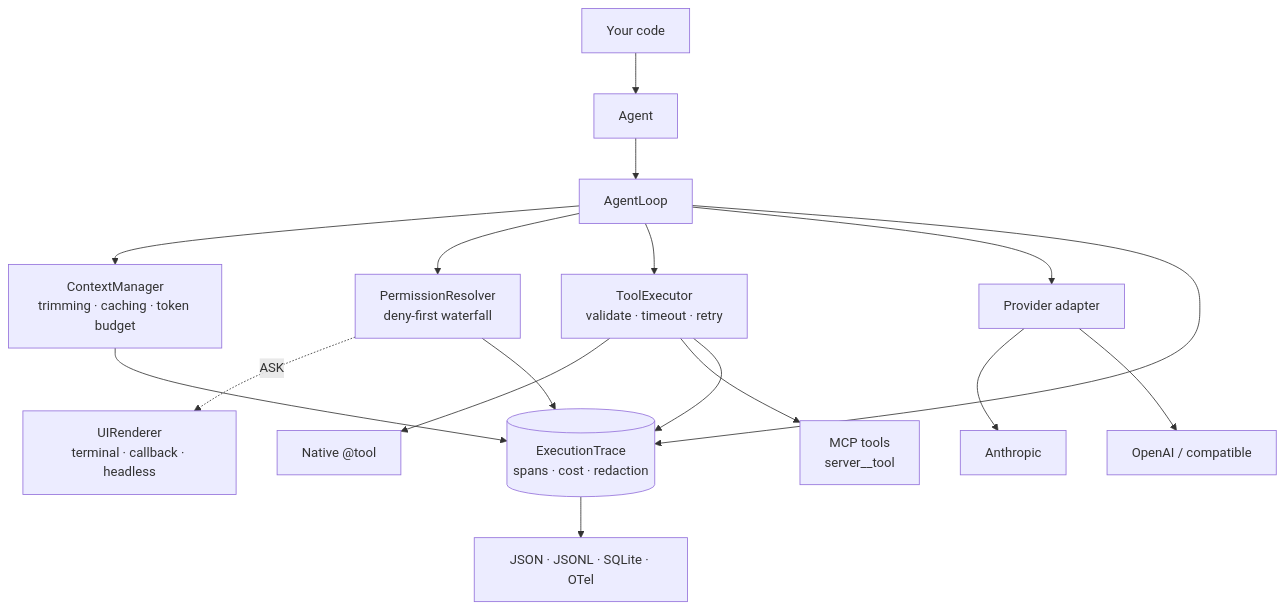
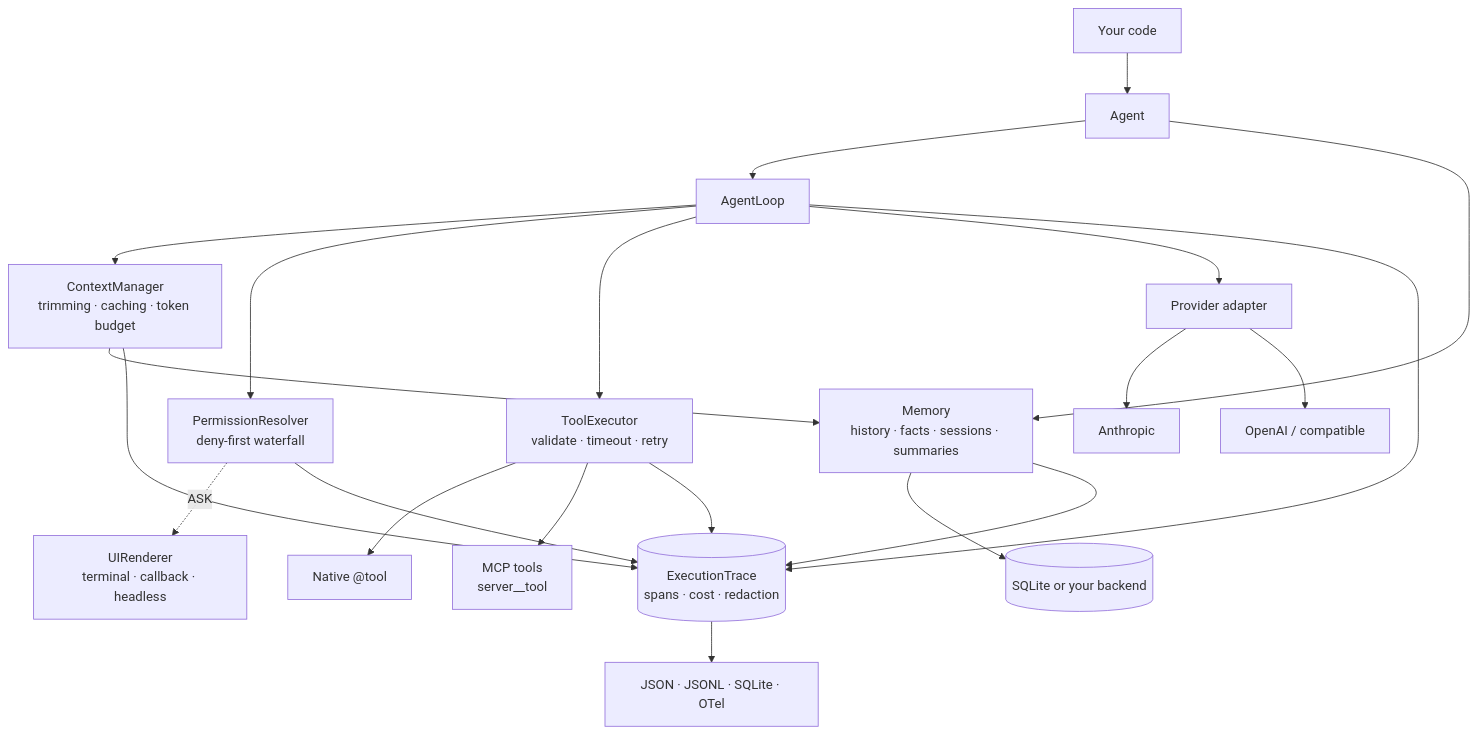
Before and after one commit to OzgurrOzcan/Agent-Framework: the diagram in README.md, drawn with Mermaid. The commit also changed other lines of this file, not shown here.

First line of the commit message:
docs(readme): bring the memory and context docs up to date

````diff
--- a/README.md
+++ b/README.md
@@ -574,22 +642,26 @@
 ```mermaid
 flowchart TD
     U[Your code] --> A[Agent]
     A --> L[AgentLoop]
 
     L --> CM[ContextManager<br/>trimming · caching · token budget]
+    A --> M[Memory<br/>history · facts · sessions · summaries]
+    CM --> M
+    M --> DB[(SQLite or your backend)]
     L --> P[PermissionResolver<br/>deny-first waterfall]
     L --> E[ToolExecutor<br/>validate · timeout · retry]
     L --> AD[Provider adapter]
 
     P -.ASK.-> R[UIRenderer<br/>terminal · callback · headless]
     E --> NT[Native @tool]
     E --> MT[MCP tools<br/>server__tool]
     AD --> AN[Anthropic]
     AD --> OA[OpenAI / compatible]
 
     L --> T[(ExecutionTrace<br/>spans · cost · redaction)]
     CM --> T
+    M --> T
     P --> T
     E --> T
     T --> X[JSON · JSONL · SQLite · OTel]
 ```
````
